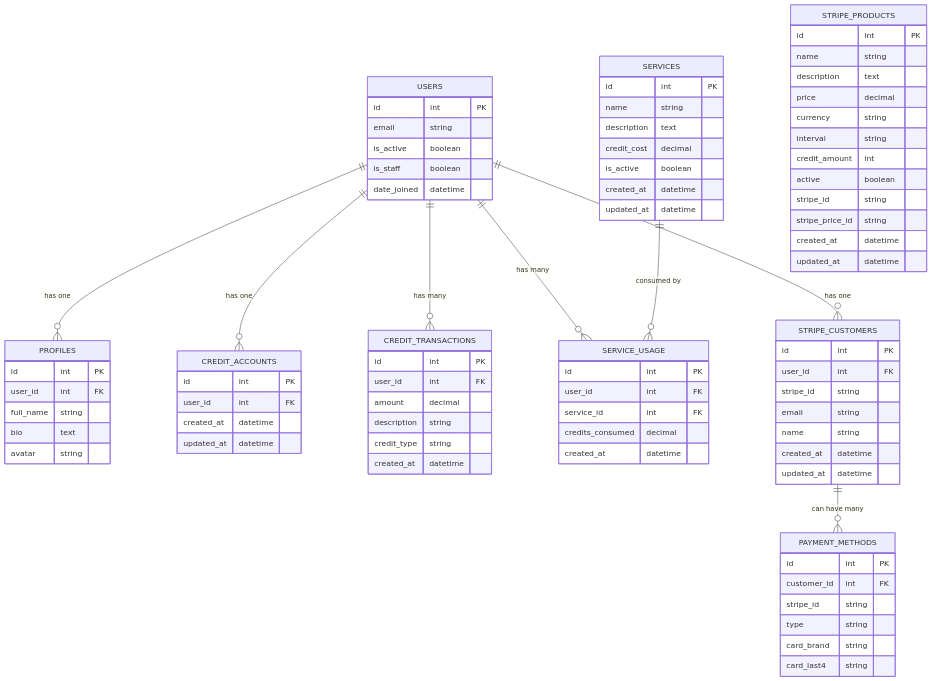
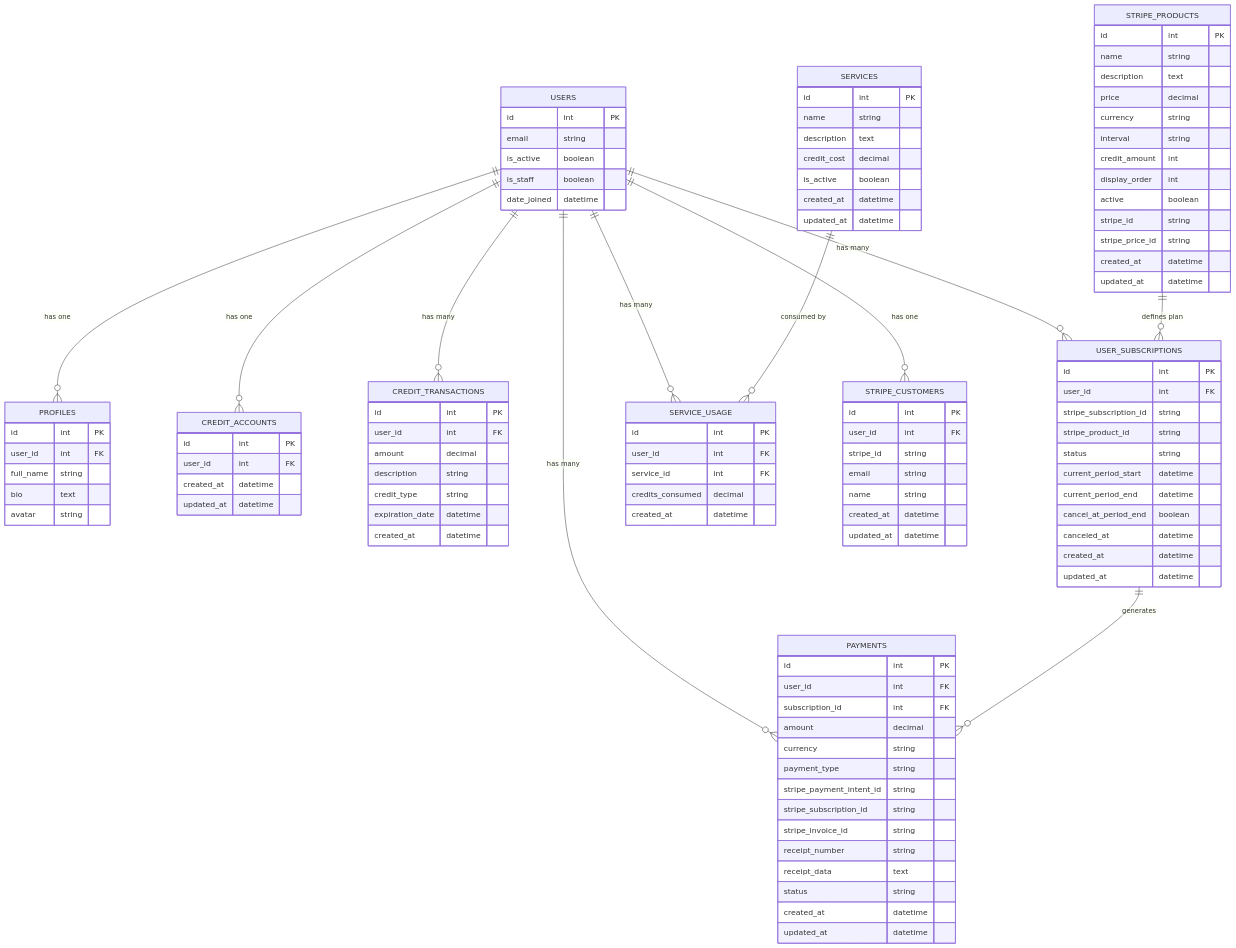
The seventh of 7 diagrams in TECHNICAL_DOCS.md (Experto-AI/quickscale), drawn with Mermaid before and after one commit. The commit also changed other lines of this file and 35 other files, not shown here.

````diff
--- a/TECHNICAL_DOCS.md
+++ b/TECHNICAL_DOCS.md
@@ -601,7 +609,41 @@
         amount decimal
         description string
         credit_type string
+        expiration_date datetime
         created_at datetime
+    }
+    
+    %% Subscription Management
+    USER_SUBSCRIPTIONS {
+        id int PK
+        user_id int FK
+        stripe_subscription_id string
+        stripe_product_id string
+        status string
+        current_period_start datetime
+        current_period_end datetime
+        cancel_at_period_end boolean
+        canceled_at datetime
+        created_at datetime
+        updated_at datetime
+    }
+    
+    %% Payment Processing
+    PAYMENTS {
+        id int PK
+        user_id int FK
+        subscription_id int FK
+        amount decimal
+        currency string
+        payment_type string
+        stripe_payment_intent_id string
+        stripe_subscription_id string
+        stripe_invoice_id string
+        receipt_number string
+        receipt_data text
+        status string
+        created_at datetime
+        updated_at datetime
     }
     
     SERVICES {
@@ -641,6 +683,7 @@
         currency string
         interval string
         credit_amount int
+        display_order int
         active boolean
         stripe_id string
         stripe_price_id string
@@ -648,21 +691,15 @@
         updated_at datetime
     }
     
-    PAYMENT_METHODS {
-        id int PK
-        customer_id int FK
-        stripe_id string
-        type string
-        card_brand string
-        card_last4 string
-    }
-    
     %% Entity relationships - arranged for better vertical flow
     USERS ||--o{ PROFILES : "has one"
     USERS ||--o{ CREDIT_ACCOUNTS : "has one"
     USERS ||--o{ CREDIT_TRANSACTIONS : "has many"
+    USERS ||--o{ USER_SUBSCRIPTIONS : "has many"
+    USERS ||--o{ PAYMENTS : "has many"
     USERS ||--o{ SERVICE_USAGE : "has many"
     USERS ||--o{ STRIPE_CUSTOMERS : "has one"
+    USER_SUBSCRIPTIONS ||--o{ PAYMENTS : "generates"
     SERVICES ||--o{ SERVICE_USAGE : "consumed by"
-    STRIPE_CUSTOMERS ||--o{ PAYMENT_METHODS : "can have many"
+    STRIPE_PRODUCTS ||--o{ USER_SUBSCRIPTIONS : "defines plan"
 ```
````
